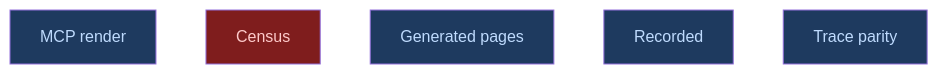
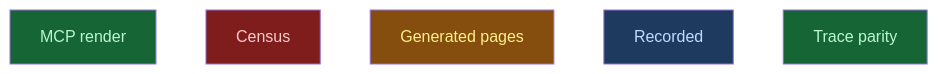
The diagram in __roadmap__/integrity/causes/checkpoint/snapshot/review/dogfood/parity/answered/README.md (CrackingShells/Candler), drawn with Mermaid before and after one commit. The commit also changed other lines of this file and 3 other files, not shown here.

Commit message:
rdm(api): close MCP render and trace parity, open the pages

````diff
--- a/__roadmap__/integrity/causes/checkpoint/snapshot/review/dogfood/parity/answered/README.md
+++ b/__roadmap__/integrity/causes/checkpoint/snapshot/review/dogfood/parity/answered/README.md
@@ -16,13 +16,13 @@
 ```mermaid
 graph TD
-    mcp_render[MCP render]:::amendment
+    mcp_render[MCP render]:::done
     census[Census]:::blocked
-    pages[Generated pages]:::amendment
+    pages[Generated pages]:::inprogress
     recorded[Recorded]:::amendment
-    trace_parity[Trace parity]:::amendment
+    trace_parity[Trace parity]:::done
     classDef done       fill:#166534,color:#bbf7d0
     classDef inprogress fill:#854d0e,color:#fef08a
     classDef planned    fill:#374151,color:#e5e7eb
     classDef amendment  fill:#1e3a5f,color:#bfdbfe
     classDef blocked    fill:#7f1d1d,color:#fecaca
 ```
````
